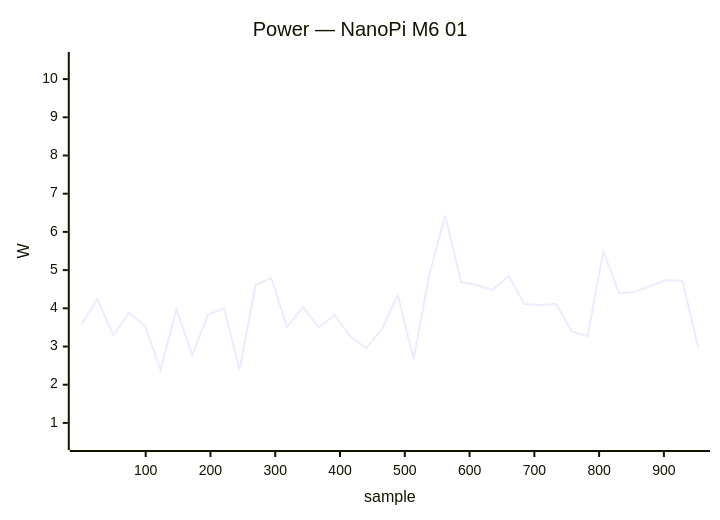
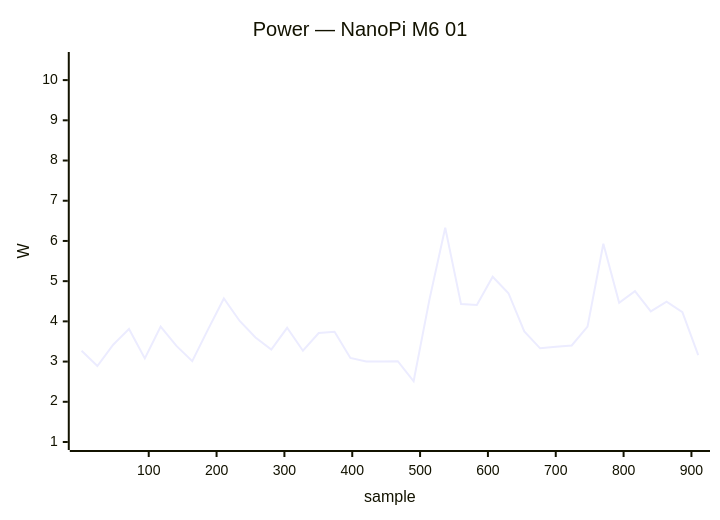
Before and after one commit to armbian/documentation: diagram 19 of 34 in docs/status/board-tests.md, drawn with Mermaid. The commit also changed other lines of this file, not shown here.

````diff
--- a/docs/status/board-tests.md
+++ b/docs/status/board-tests.md
@@ -1553,7 +924,7 @@
 ```mermaid
 xychart-beta
     title "Power — NanoPi M6 01"
-    x-axis "sample" 1 --> 953
-    y-axis "W" 0.5 --> 10.5
-    line [3.58, 4.24, 3.30, 3.88, 3.55, 2.39, 3.98, 2.77, 3.83, 4.00, 2.40, 4.61, 4.79, 3.51, 4.03, 3.50, 3.82, 3.26, 2.96, 3.46, 4.35, 2.67, 4.89, 6.43, 4.69, 4.61, 4.48, 4.85, 4.12, 4.08, 4.12, 3.40, 3.27, 5.49, 4.39, 4.43, 4.59, 4.74, 4.72, 2.97]
+    x-axis "sample" 1 --> 910
+    y-axis "W" 1.0 --> 10.5
+    line [3.27, 2.89, 3.42, 3.81, 3.08, 3.87, 3.39, 3.01, 3.80, 4.57, 4.01, 3.60, 3.30, 3.84, 3.27, 3.71, 3.74, 3.09, 3.00, 3.00, 3.01, 2.51, 4.54, 6.33, 4.43, 4.41, 5.11, 4.70, 3.75, 3.33, 3.37, 3.40, 3.87, 5.93, 4.46, 4.75, 4.25, 4.49, 4.23, 3.16]
 ```
````
